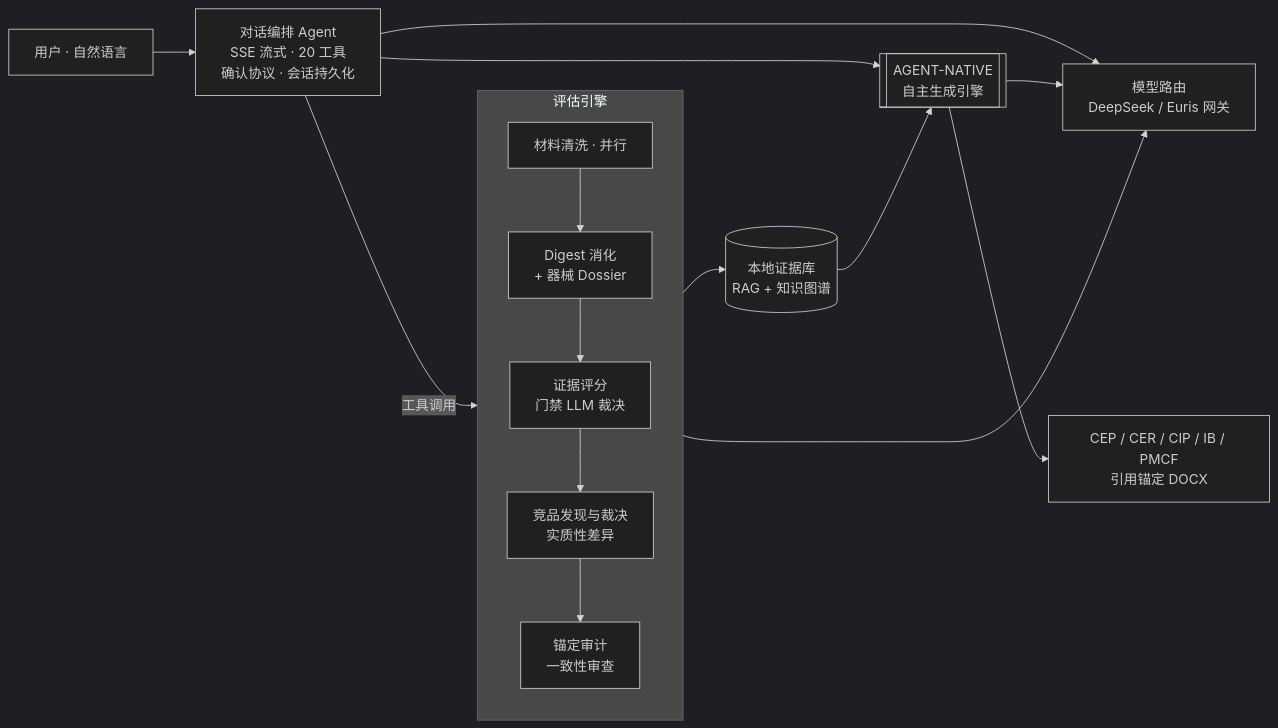
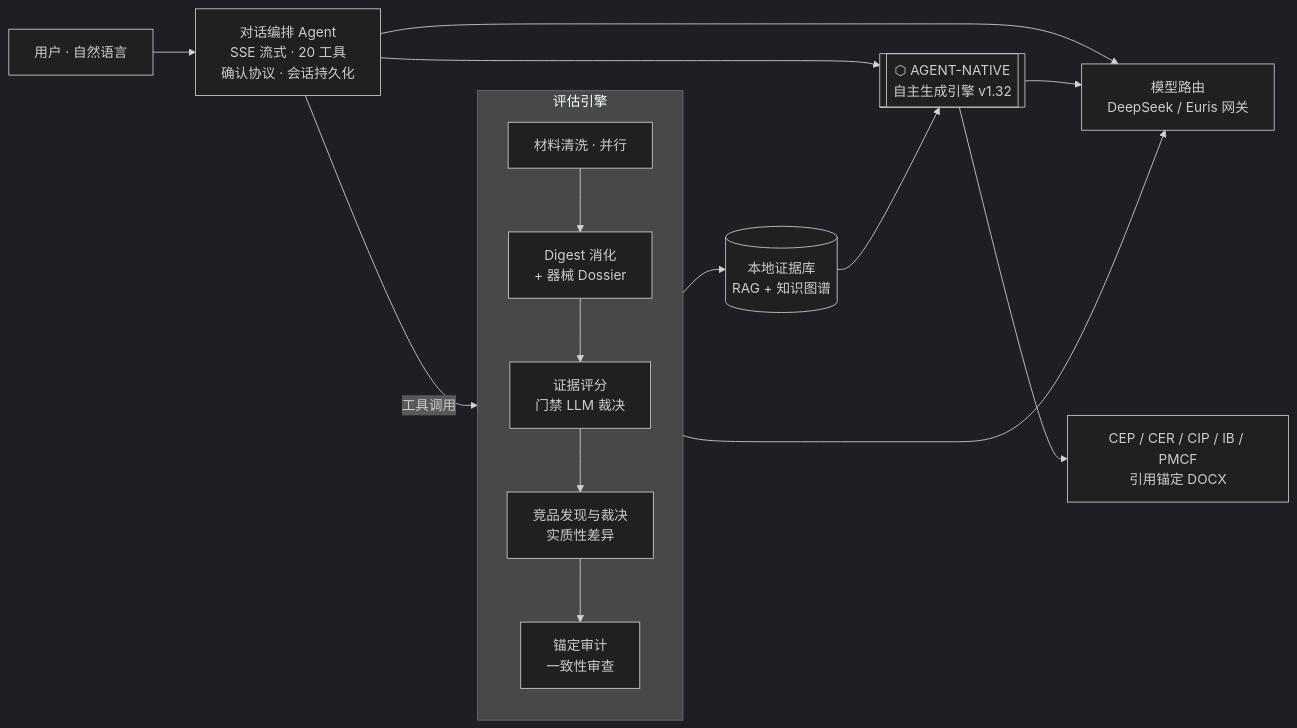
One commit to hanxiaoyu-cmd/medeval-showcase changed the second of 2 diagrams in README.md. Above: the diagram before and after it, drawn with Mermaid (dark theme). The commit also changed other lines of this file, not shown here.

First line of the commit message:
v1.32 — AGENT-NATIVE 2.0: source curation, literature synthesis, front matter

````diff
--- a/README.md
+++ b/README.md
@@ -155,18 +138,18 @@
 ```mermaid
 flowchart LR
     U[用户 · 自然语言] --> A[对话编排 Agent<br/>SSE 流式 · 20 工具<br/>确认协议 · 会话持久化]
     A -->|工具调用| P[AI-Native 评估流水线]
     subgraph P [评估引擎]
         C[材料清洗 · 并行] --> D[Digest 消化<br/>+ 器械 Dossier]
         D --> E[证据评分<br/>门禁 LLM 裁决]
         E --> F[竞品发现与裁决<br/>实质性差异]
         F --> G[锚定审计<br/>一致性审查]
     end
-    A --> GEN[[AGENT-NATIVE<br/>自主生成引擎]]
+    A --> GEN[[⬡ AGENT-NATIVE<br/>自主生成引擎 v1.32]]
     P --> KB[(本地证据库<br/>RAG + 知识图谱)]
     KB --> GEN
     A --> M[模型路由<br/>DeepSeek / Euris 网关]
     P --> M
     GEN --> M
     GEN --> DOC[CEP / CER / CIP / IB / PMCF<br/>引用锚定 DOCX]
 ```
````
